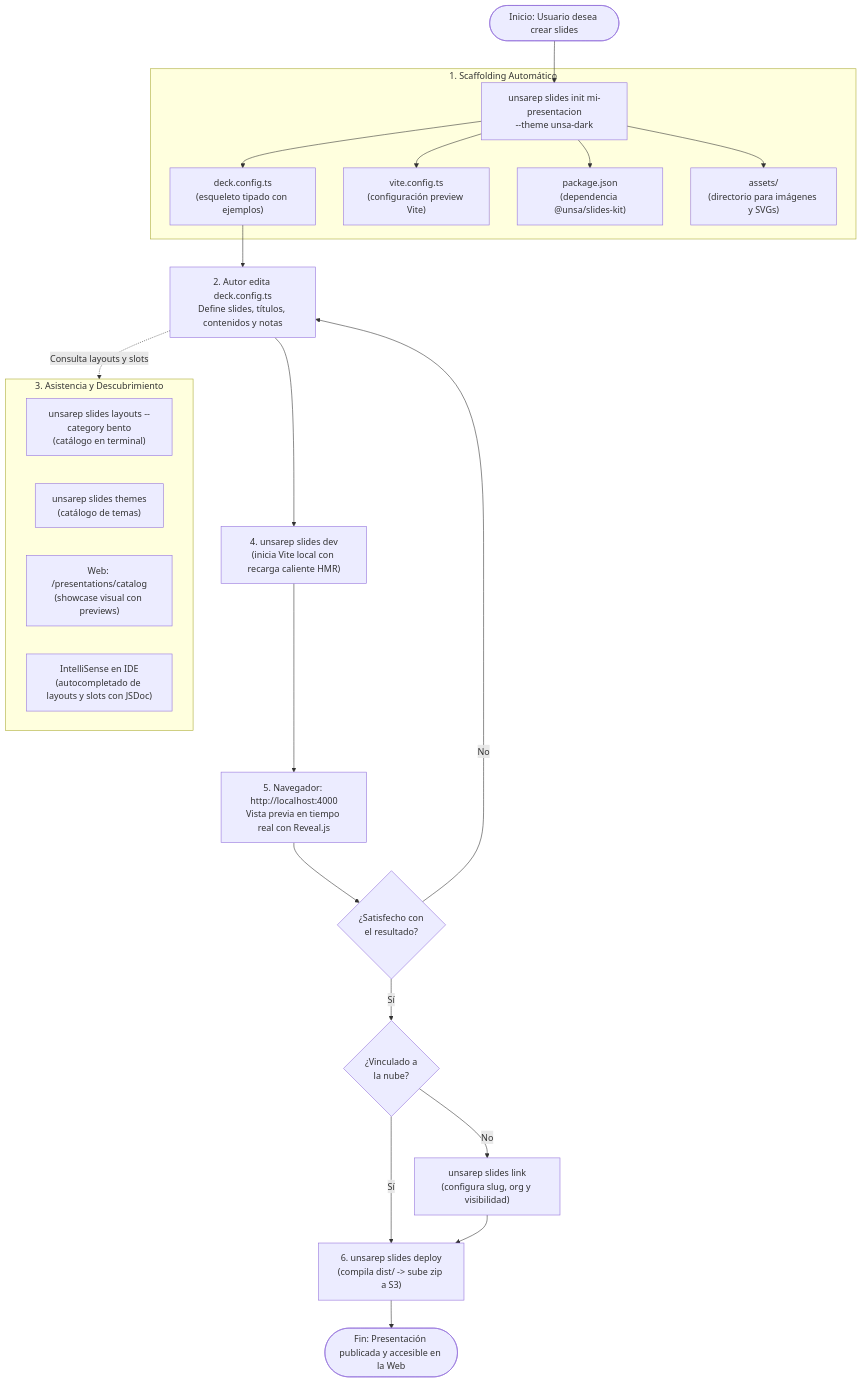
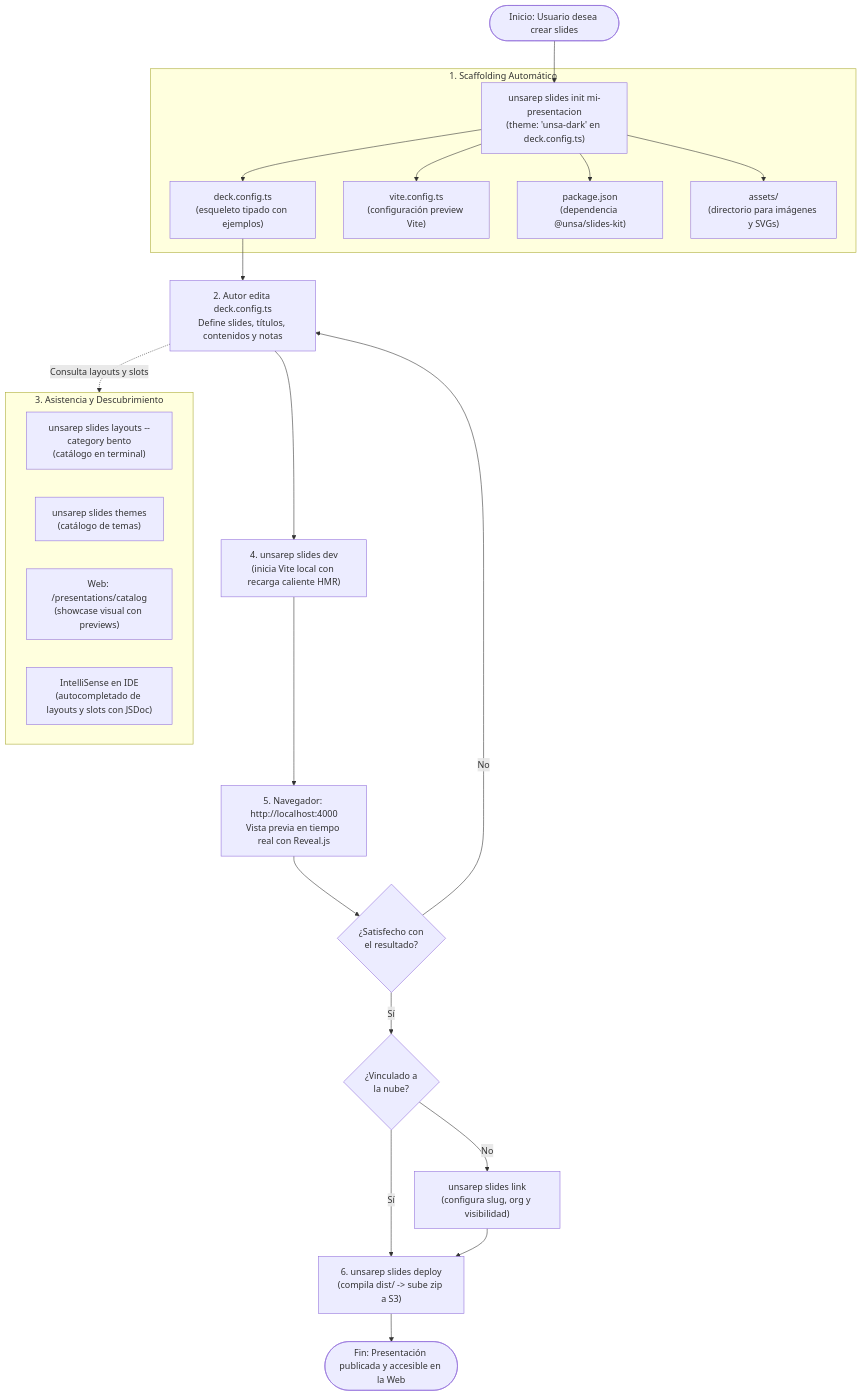
One commit to UNSAReport/UNSAReport2 changed the fifth of 6 diagrams in docs/slides.md. Above: the diagram before and after it, drawn with Mermaid. The commit also changed other lines of this file and 15 other files, not shown here.

First line of the commit message:
feat(tui): slides import pptx themes, help/errors, 5-theme catalog

````diff
--- a/docs/slides.md
+++ b/docs/slides.md
@@ -210,36 +210,36 @@
 ```mermaid
 flowchart TD
-    Start(["Inicio: Usuario desea crear slides"]) --> Init["unsarep slides init mi-presentacion<br/>--theme unsa-dark"]
+    Start(["Inicio: Usuario desea crear slides"]) --> Init["unsarep slides init mi-presentacion<br/>(theme: 'unsa-dark' en deck.config.ts)"]
 
     subgraph Scaffolding["1. Scaffolding Automático"]
         Init --> GenConfig["deck.config.ts<br/>(esqueleto tipado con ejemplos)"]
         Init --> GenVite["vite.config.ts<br/>(configuración preview Vite)"]
         Init --> GenPkg["package.json<br/>(dependencia @unsa/slides-kit)"]
         Init --> GenAssets["assets/<br/>(directorio para imágenes y SVGs)"]
     end
 
     GenConfig --> Edit["2. Autor edita deck.config.ts<br/>Define slides, títulos, contenidos y notas"]
 
     subgraph Discovery["3. Asistencia y Descubrimiento"]
         ExploreCLI["unsarep slides layouts --category bento<br/>(catálogo en terminal)"]
         ExploreThemes["unsarep slides themes<br/>(catálogo de temas)"]
         ExploreWeb["Web: /presentations/catalog<br/>(showcase visual con previews)"]
         IDEHelp["IntelliSense en IDE<br/>(autocompletado de layouts y slots con JSDoc)"]
     end
 
     Edit -.->|Consulta layouts y slots| Discovery
 
     Edit --> DevServer["4. unsarep slides dev<br/>(inicia Vite local con recarga caliente HMR)"]
 
     DevServer --> Preview["5. Navegador: http://localhost:4000<br/>Vista previa en tiempo real con Reveal.js"]
 
     Preview --> Check{"¿Satisfecho con<br/>el resultado?"}
     Check -- No --> Edit
     Check -- Sí --> LinkCheck{"¿Vinculado a<br/>la nube?"}
 
     LinkCheck -- No --> Link["unsarep slides link<br/>(configura slug, org y visibilidad)"]
     LinkCheck -- Sí --> Deploy["6. unsarep slides deploy<br/>(compila dist/ -> sube zip a S3)"]
     Link --> Deploy
 
     Deploy --> Done(["Fin: Presentación publicada y accesible en la Web"])
 ```
````
